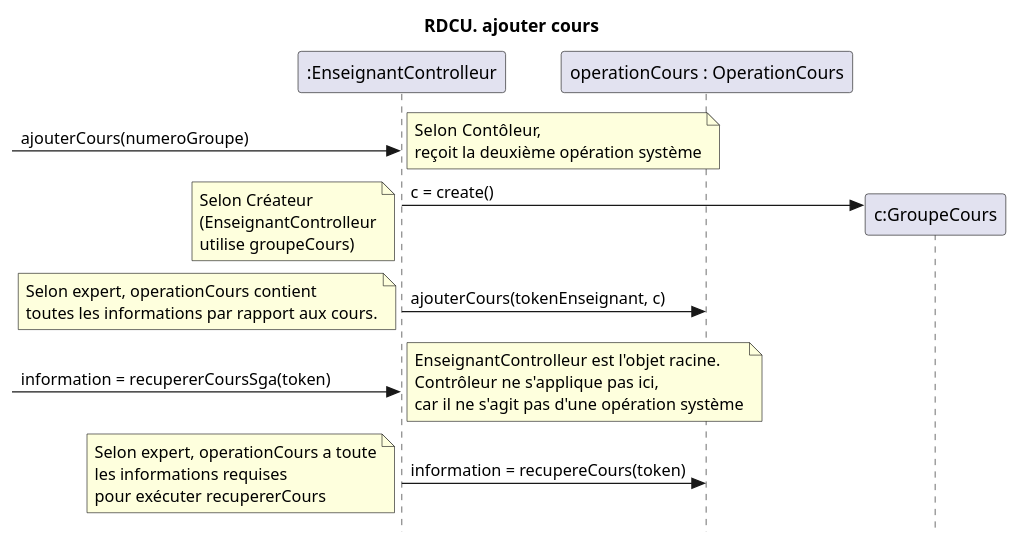
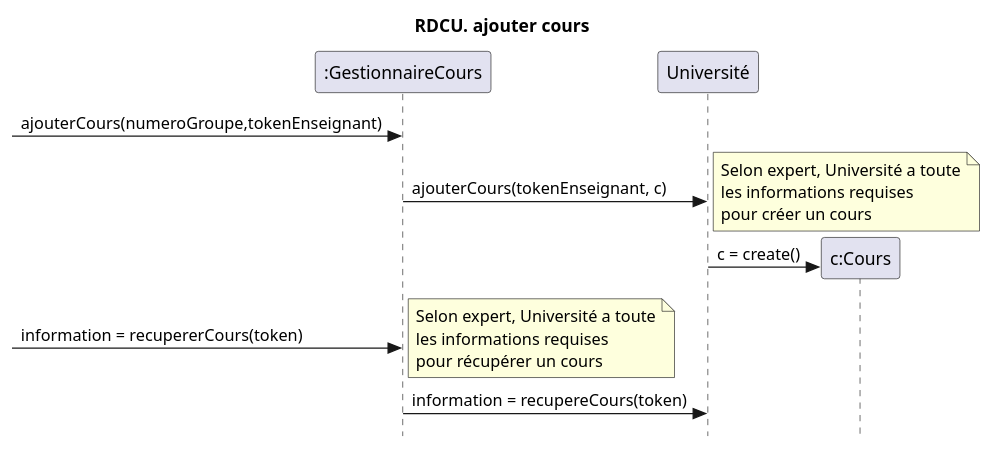
The diagram in docs/Ajouter cours/RDCU_ajouterCours.puml (nerdz88/SGA-TS), drawn with PlantUML before and after one commit.

Commit message:
RDCU modifier pour ajouterCours
On s'est basé du RDCU donnée par le prof en classe 1:17

```diff
--- a/docs/Ajouter cours/RDCU_ajouterCours.puml
+++ b/docs/Ajouter cours/RDCU_ajouterCours.puml
@@ -1,20 +1,17 @@
 @startuml creerNouveauCours
 skinparam style strictuml
 skinparam defaultfontname Verdana
 title RDCU. ajouter cours
-participant ":EnseignantControlleur" as sga
-participant "operationCours : OperationCours" as map
-participant "c:GroupeCours" as cours
+participant ":GestionnaireCours" as controlleur
+participant "Université" as sga
+participant "c:Cours" as cours
 
--> sga : ajouterCours(numeroGroupe)
- note left : Selon Contôleur,\nreçoit la deuxième opération système
+-> controlleur : ajouterCours(numeroGroupe,tokenEnseignant)
+  controlleur->sga : ajouterCours(tokenEnseignant, c)
+  note right : Selon expert, Université a toute\nles informations requises\npour créer un cours
   create cours
   sga->cours : c = create()
-  note left : Selon Créateur\n(EnseignantControlleur\nutilise groupeCours)
-  sga->map : ajouterCours(tokenEnseignant, c)
-  note left : Selon expert, operationCours contient\ntoutes les informations par rapport aux cours.
-  -> sga : information = recupererCoursSga(token)
-  note left : EnseignantControlleur est l'objet racine.\nContrôleur ne s'applique pas ici,\ncar il ne s'agit pas d'une opération système
-  sga -> map : information = recupereCours(token)
-  note left : Selon expert, operationCours a toute\nles informations requises\npour exécuter recupererCours
+  -> controlleur : information = recupererCours(token)
+note right : Selon expert, Université a toute\nles informations requises\npour récupérer un cours
+  controlleur -> sga : information = recupereCours(token)
   @enduml
```
